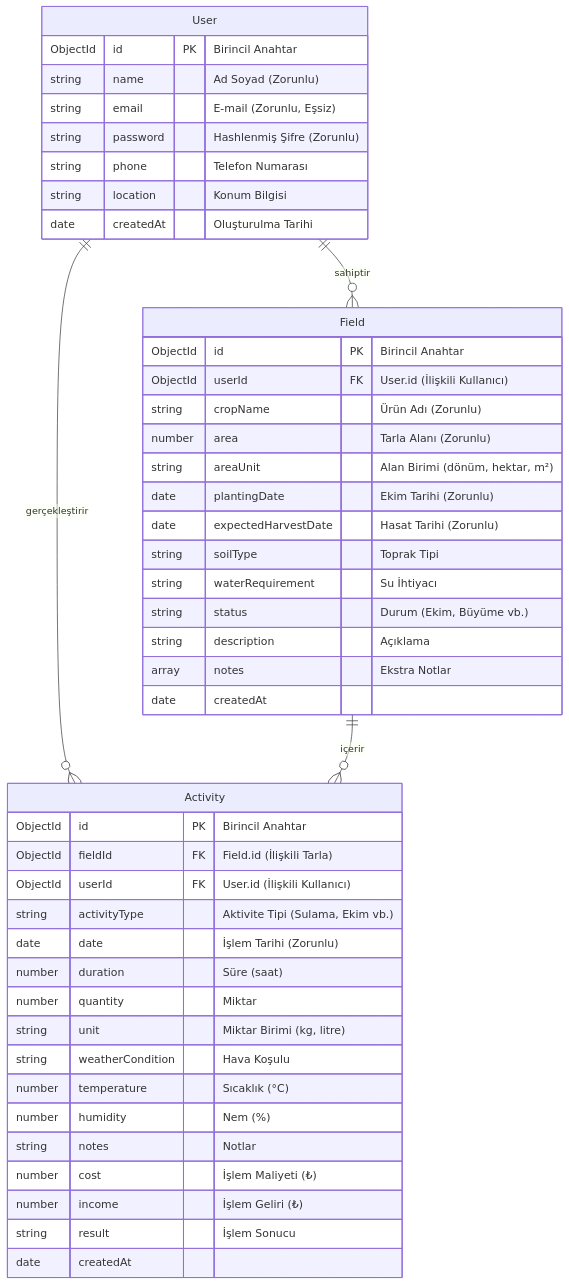
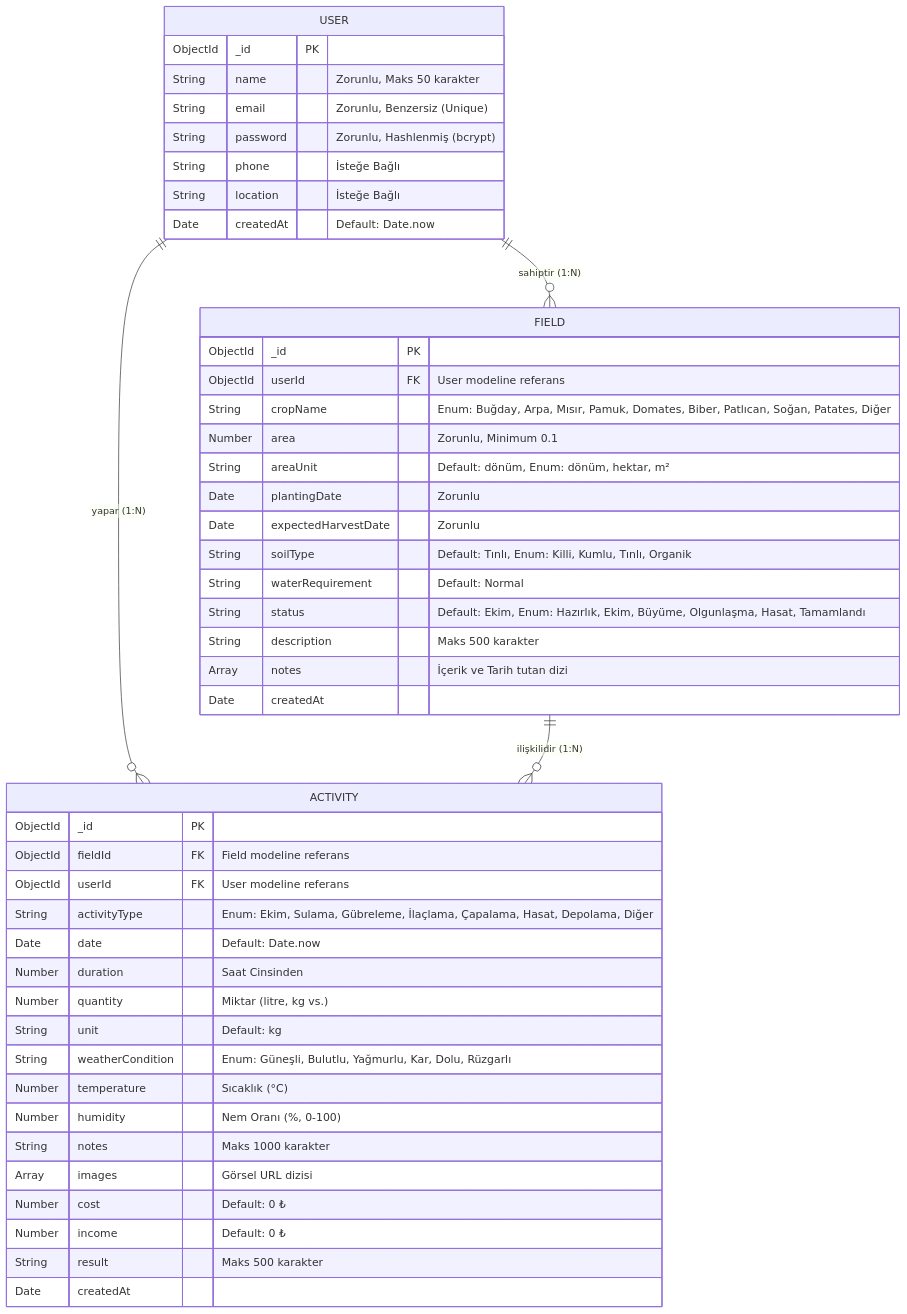
Before and after one commit to mustafakaragenc/tarimasistani: the third of 4 diagrams in docs/UML_DIAGRAMS.md, drawn with Mermaid. The commit also changed other lines of this file and 1 other file, not shown here.

Commit message:
docs: UML diyagramları ve tasarım dokümantasyonu eklendi

````diff
--- a/docs/UML_DIAGRAMS.md
+++ b/docs/UML_DIAGRAMS.md
@@ -87,49 +97,52 @@
 ```mermaid
 erDiagram
-    User {
-        ObjectId id PK "Birincil Anahtar"
-        string name "Ad Soyad (Zorunlu)"
-        string email "E-mail (Zorunlu, Eşsiz)"
-        string password "Hashlenmiş Şifre (Zorunlu)"
-        string phone "Telefon Numarası"
-        string location "Konum Bilgisi"
-        date createdAt "Oluşturulma Tarihi"
-    }
-    Field {
-        ObjectId id PK "Birincil Anahtar"
-        ObjectId userId FK "User.id (İlişkili Kullanıcı)"
-        string cropName "Ürün Adı (Zorunlu)"
-        number area "Tarla Alanı (Zorunlu)"
-        string areaUnit "Alan Birimi (dönüm, hektar, m²)"
-        date plantingDate "Ekim Tarihi (Zorunlu)"
-        date expectedHarvestDate "Hasat Tarihi (Zorunlu)"
-        string soilType "Toprak Tipi"
-        string waterRequirement "Su İhtiyacı"
-        string status "Durum (Ekim, Büyüme vb.)"
-        string description "Açıklama"
-        array notes "Ekstra Notlar"
-        date createdAt
-    }
-    Activity {
-        ObjectId id PK "Birincil Anahtar"
-        ObjectId fieldId FK "Field.id (İlişkili Tarla)"
-        ObjectId userId FK "User.id (İlişkili Kullanıcı)"
-        string activityType "Aktivite Tipi (Sulama, Ekim vb.)"
-        date date "İşlem Tarihi (Zorunlu)"
-        number duration "Süre (saat)"
-        number quantity "Miktar"
-        string unit "Miktar Birimi (kg, litre)"
-        string weatherCondition "Hava Koşulu"
-        number temperature "Sıcaklık (°C)"
-        number humidity "Nem (%)"
-        string notes "Notlar"
-        number cost "İşlem Maliyeti (₺)"
-        number income "İşlem Geliri (₺)"
-        string result "İşlem Sonucu"
-        date createdAt
+    USER ||--o{ FIELD : "sahiptir (1:N)"
+    USER ||--o{ ACTIVITY : "yapar (1:N)"
+    FIELD ||--o{ ACTIVITY : "ilişkilidir (1:N)"
+
+    USER {
+        ObjectId _id PK
+        String name "Zorunlu, Maks 50 karakter"
+        String email "Zorunlu, Benzersiz (Unique)"
+        String password "Zorunlu, Hashlenmiş (bcrypt)"
+        String phone "İsteğe Bağlı"
+        String location "İsteğe Bağlı"
+        Date createdAt "Default: Date.now"
     }
 
-    User ||--o{ Field : "sahiptir"
-    User ||--o{ Activity : "gerçekleştirir"
-    Field ||--o{ Activity : "içerir"
+    FIELD {
+        ObjectId _id PK
+        ObjectId userId FK "User modeline referans"
+        String cropName "Enum: Buğday, Arpa, Mısır, Pamuk, Domates, Biber, Patlıcan, Soğan, Patates, Diğer"
+        Number area "Zorunlu, Minimum 0.1"
+        String areaUnit "Default: dönüm, Enum: dönüm, hektar, m²"
+        Date plantingDate "Zorunlu"
+        Date expectedHarvestDate "Zorunlu"
+        String soilType "Default: Tınlı, Enum: Killi, Kumlu, Tınlı, Organik"
+        String waterRequirement "Default: Normal"
+        String status "Default: Ekim, Enum: Hazırlık, Ekim, Büyüme, Olgunlaşma, Hasat, Tamamlandı"
+        String description "Maks 500 karakter"
+        Array notes "İçerik ve Tarih tutan dizi"
+        Date createdAt
+    }
+
+    ACTIVITY {
+        ObjectId _id PK
+        ObjectId fieldId FK "Field modeline referans"
+        ObjectId userId FK "User modeline referans"
+        String activityType "Enum: Ekim, Sulama, Gübreleme, İlaçlama, Çapalama, Hasat, Depolama, Diğer"
+        Date date "Default: Date.now"
+        Number duration "Saat Cinsinden"
+        Number quantity "Miktar (litre, kg vs.)"
+        String unit "Default: kg"
+        String weatherCondition "Enum: Güneşli, Bulutlu, Yağmurlu, Kar, Dolu, Rüzgarlı"
+        Number temperature "Sıcaklık (°C)"
+        Number humidity "Nem Oranı (%, 0-100)"
+        String notes "Maks 1000 karakter"
+        Array images "Görsel URL dizisi"
+        Number cost "Default: 0 ₺"
+        Number income "Default: 0 ₺"
+        String result "Maks 500 karakter"
+        Date createdAt
+    }
 ```
````
